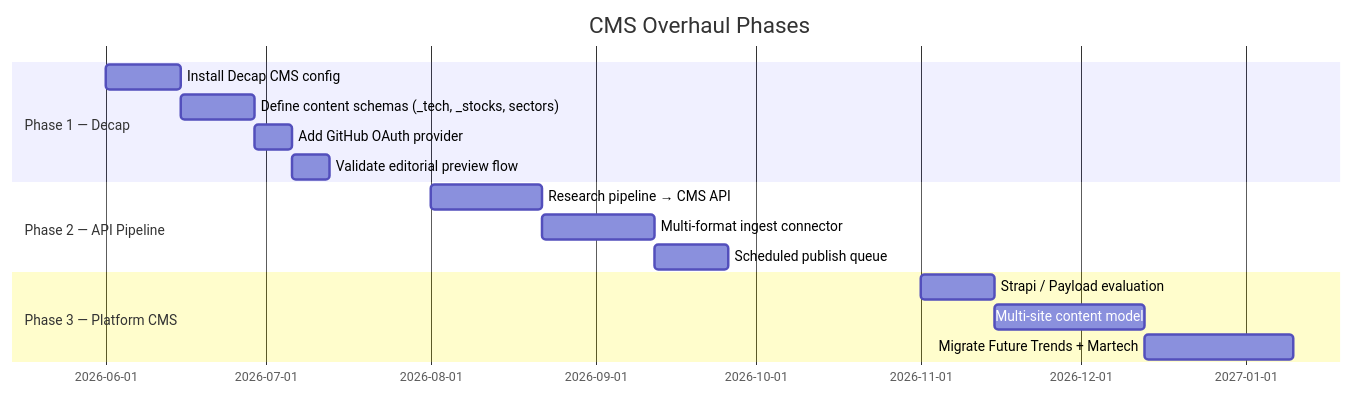
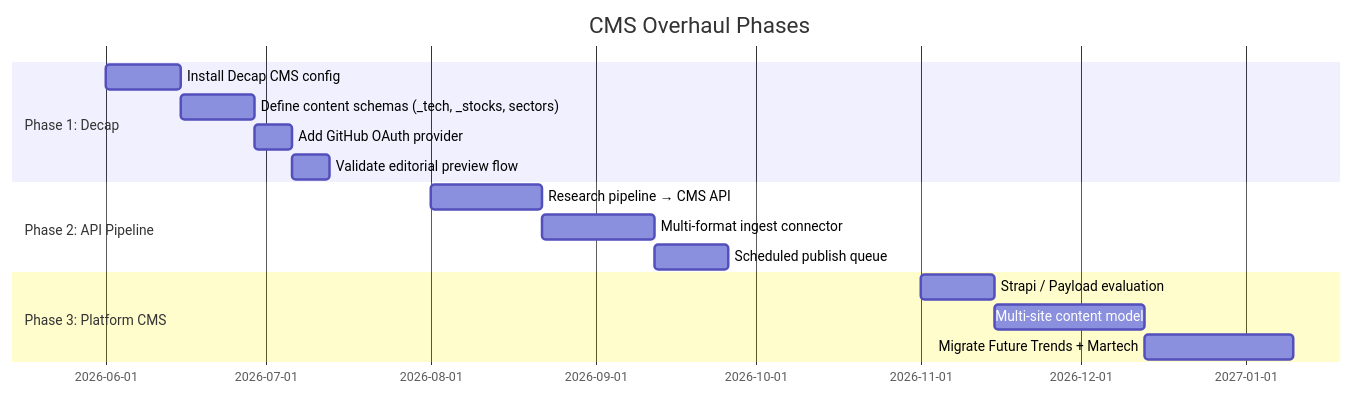
Before and after one commit to mengliang10/future: the third of 5 diagrams in enhancements/01-cms-overhaul.md, drawn with Mermaid. The commit also changed other lines of this file and 348 other files, not shown here.

Commit message:
Global removal of em-dashes, homepage section reordering, and flow improvements

````diff
--- a/enhancements/01-cms-overhaul.md
+++ b/enhancements/01-cms-overhaul.md
@@ -100,18 +100,18 @@
 ```mermaid
 gantt
     title CMS Overhaul Phases
     dateFormat  YYYY-MM
-    section Phase 1 — Decap
+    section Phase 1: Decap
     Install Decap CMS config        :p1a, 2026-06, 2w
     Define content schemas (_tech, _stocks, sectors) :p1b, after p1a, 2w
     Add GitHub OAuth provider       :p1c, after p1b, 1w
     Validate editorial preview flow :p1d, after p1c, 1w
-    section Phase 2 — API Pipeline
+    section Phase 2: API Pipeline
     Research pipeline → CMS API     :p2a, 2026-08, 3w
     Multi-format ingest connector   :p2b, after p2a, 3w
     Scheduled publish queue         :p2c, after p2b, 2w
-    section Phase 3 — Platform CMS
+    section Phase 3: Platform CMS
     Strapi / Payload evaluation     :p3a, 2026-11, 2w
     Multi-site content model        :p3b, after p3a, 4w
     Migrate Future Trends + Martech :p3c, after p3b, 4w
 ```
````
